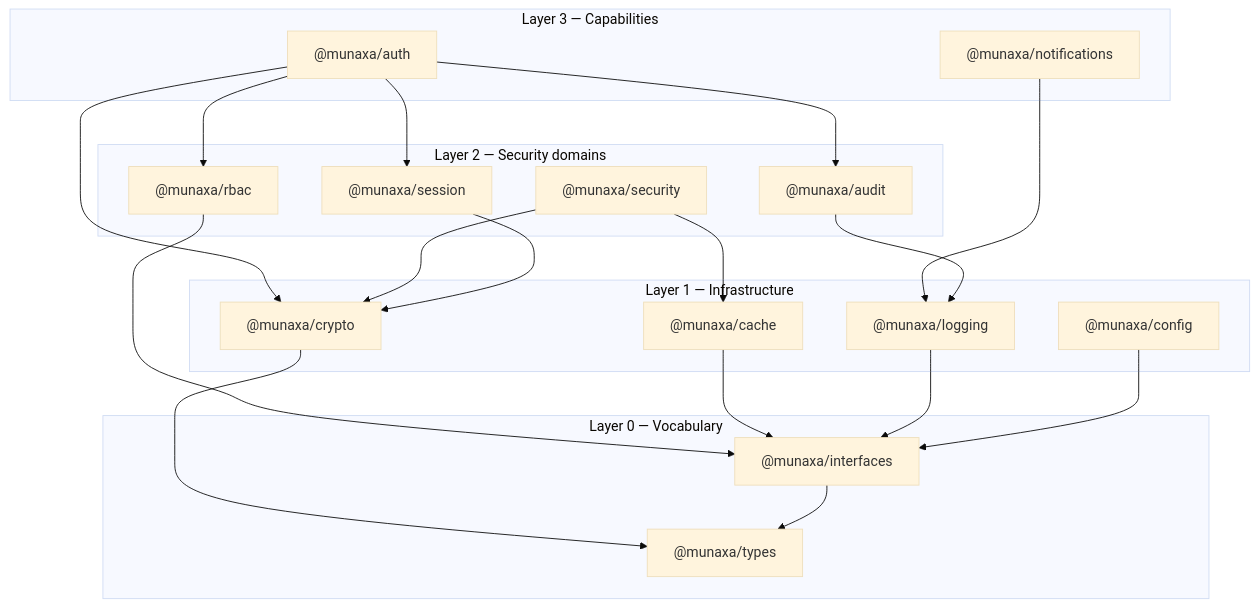
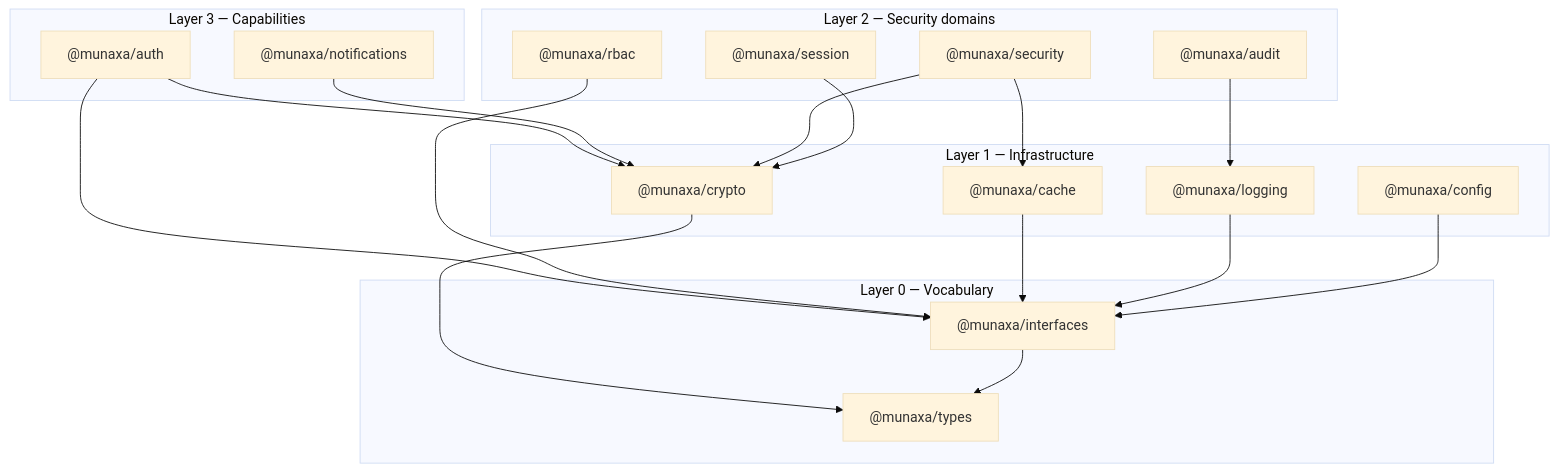
Before and after one commit to munaxa/munaxa-platform: the first of 4 diagrams in docs/security-platform/architecture.md, drawn with Mermaid (base theme). The commit also changed other lines of this file and 8 other files, not shown here.

````diff
--- a/docs/security-platform/architecture.md
+++ b/docs/security-platform/architecture.md
@@ -8,42 +8,40 @@
 ```mermaid
 graph TD
   subgraph L3["Layer 3 — Capabilities"]
     auth["@munaxa/auth"]
     notifications["@munaxa/notifications"]
   end
 
   subgraph L2["Layer 2 — Security domains"]
     rbac["@munaxa/rbac"]
     session["@munaxa/session"]
     audit["@munaxa/audit"]
     security["@munaxa/security"]
   end
 
   subgraph L1["Layer 1 — Infrastructure"]
     crypto["@munaxa/crypto"]
     cache["@munaxa/cache"]
     logging["@munaxa/logging"]
     config["@munaxa/config"]
   end
 
   subgraph L0["Layer 0 — Vocabulary"]
     types["@munaxa/types"]
     interfaces["@munaxa/interfaces"]
   end
 
-  auth --> rbac
-  auth --> session
-  auth --> audit
   auth --> crypto
-  notifications --> logging
+  auth --> interfaces
+  notifications --> crypto
   security --> cache
   security --> crypto
   session --> crypto
   audit --> logging
   rbac --> interfaces
   crypto --> types
   cache --> interfaces
   logging --> interfaces
   config --> interfaces
   interfaces --> types
 ```
````
